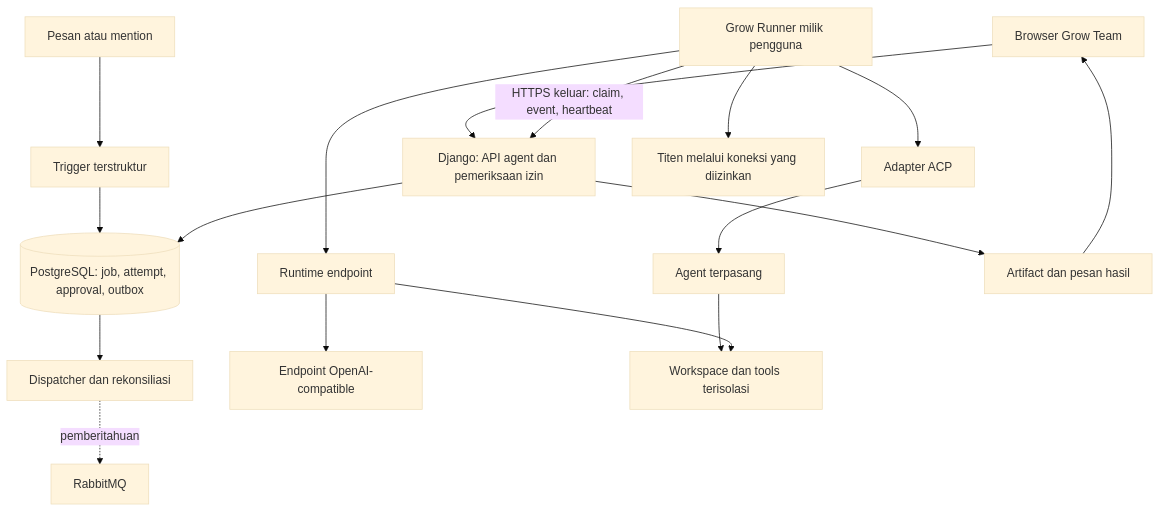
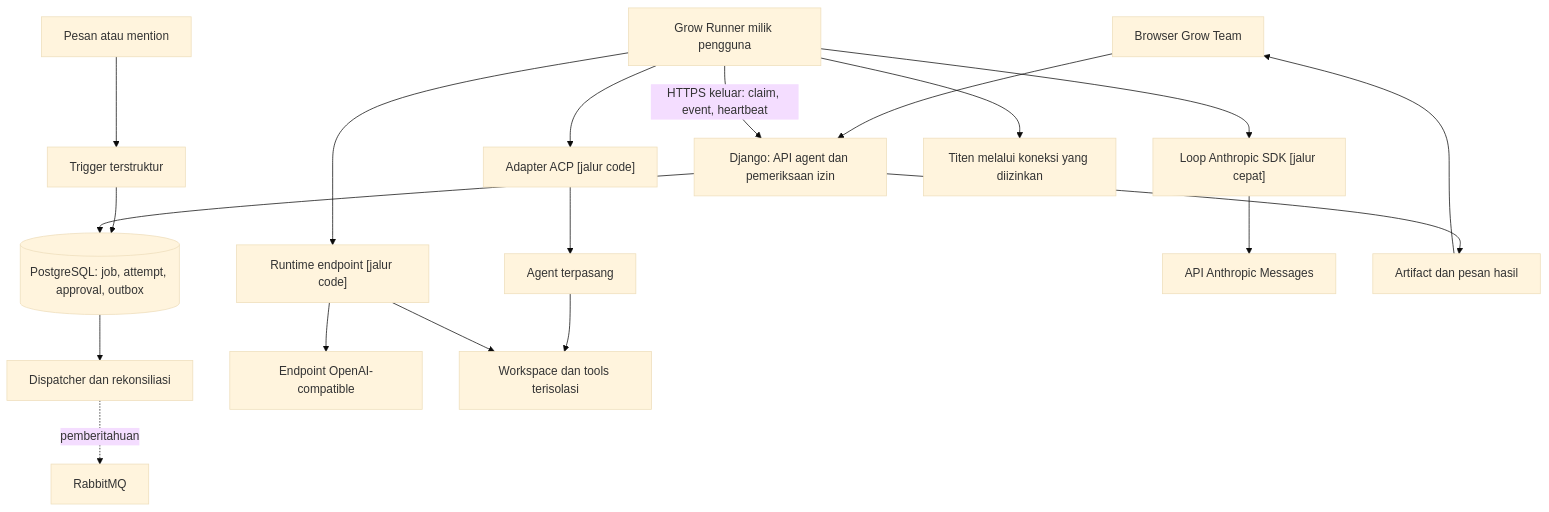
The first of 3 diagrams in internals/docs/spec/2026-09-21-agent-connections-and-coding-harness.md (Growth-Circle/grow-team), drawn with Mermaid (base theme) before and after one commit. The commit also changed other lines of this file and 2 other files, not shown here.

````diff
--- a/internals/docs/spec/2026-09-21-agent-connections-and-coding-harness.md
+++ b/internals/docs/spec/2026-09-21-agent-connections-and-coding-harness.md
@@ -227,19 +172,21 @@
 ```mermaid
 flowchart TB
     U[Browser Grow Team] --> API[Django: API agent dan pemeriksaan izin]
     CHAT[Pesan atau mention] --> TR[Trigger terstruktur]
     TR --> DB[(PostgreSQL: job, attempt, approval, outbox)]
     API --> DB
     DB --> D[Dispatcher dan rekonsiliasi]
     D -. pemberitahuan .-> MQ[RabbitMQ]
     R[Grow Runner milik pengguna] -->|HTTPS keluar: claim, event, heartbeat| API
-    R --> ACP[Adapter ACP]
-    R --> ER[Runtime endpoint]
+    R --> ACP["Adapter ACP [jalur code]"]
+    R --> ER["Runtime endpoint [jalur code]"]
+    R --> FL["Loop Anthropic SDK [jalur cepat]"]
     ACP --> A[Agent terpasang]
     ER --> P[Endpoint OpenAI-compatible]
+    FL --> AM[API Anthropic Messages]
     A --> W[Workspace dan tools terisolasi]
     ER --> W
     R --> M[Titen melalui koneksi yang diizinkan]
     API --> RESULT[Artifact dan pesan hasil]
     RESULT --> U
 ```
````
